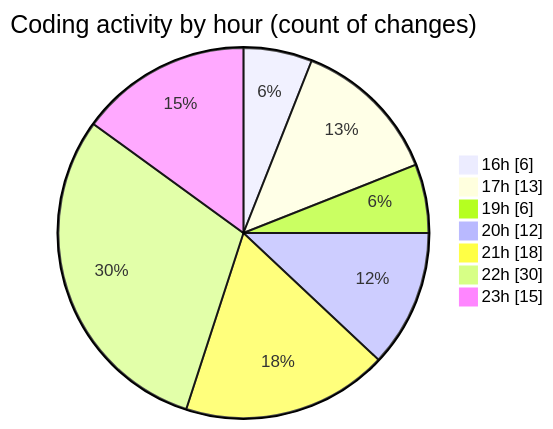
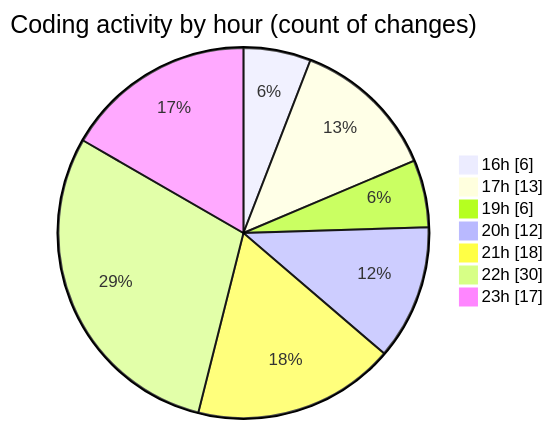
Before and after one commit to idhammustaqopulfikri/code-tracking: the second of 2 diagrams in 2025-06-22/studio-backend/README.md, drawn with Mermaid. The commit also changed other lines of this file and 1 other file, not shown here.

````diff
--- a/2025-06-22/studio-backend/README.md
+++ b/2025-06-22/studio-backend/README.md
@@ -39,11 +39,11 @@
 ```mermaid
 pie showData
 title Coding activity by hour (count of changes)
 "16h" : 6
 "17h" : 13
 "19h" : 6
 "20h" : 12
 "21h" : 18
 "22h" : 30
-"23h" : 15
+"23h" : 17
 ```
````
